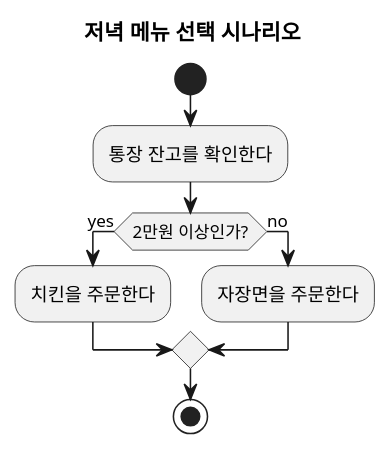
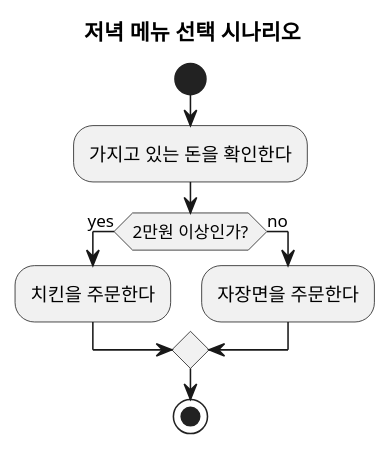
One commit to hiphop5782/all-in-one-java-resources changed the diagram in puml/if-01.puml. Above: the diagram before and after it, drawn with PlantUML.

```diff
--- a/puml/if-01.puml
+++ b/puml/if-01.puml
@@ -1,18 +1,18 @@
 @startuml
 
 title 저녁 메뉴 선택 시나리오
 
 
 start
 
-:통장 잔고를 확인한다; 
+:가지고 있는 돈을 확인한다; 
 
 if (2만원 이상인가?) then (yes)
   :치킨을 주문한다;
 else (no)
   :자장면을 주문한다;
 endif
 
 stop
 
 @enduml
```
